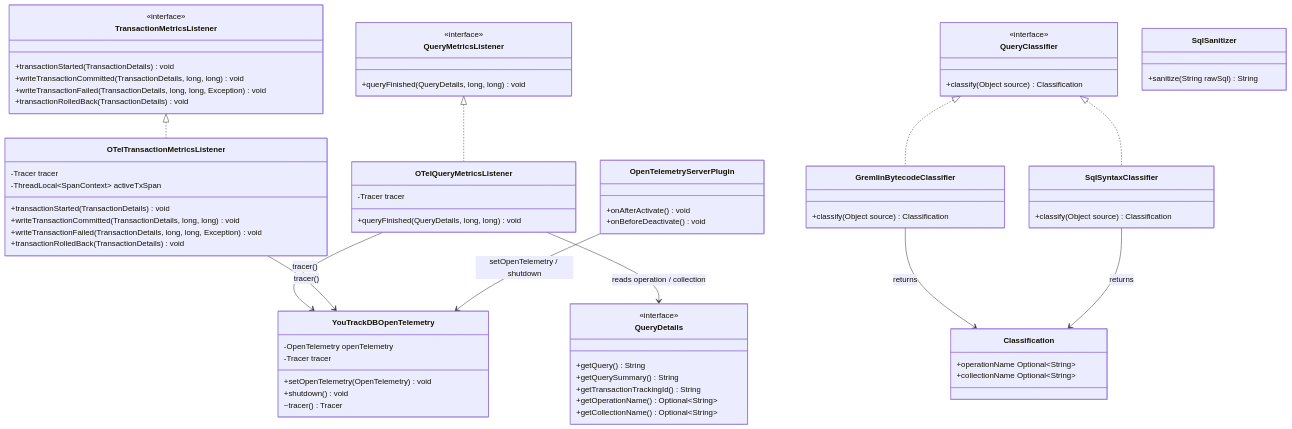
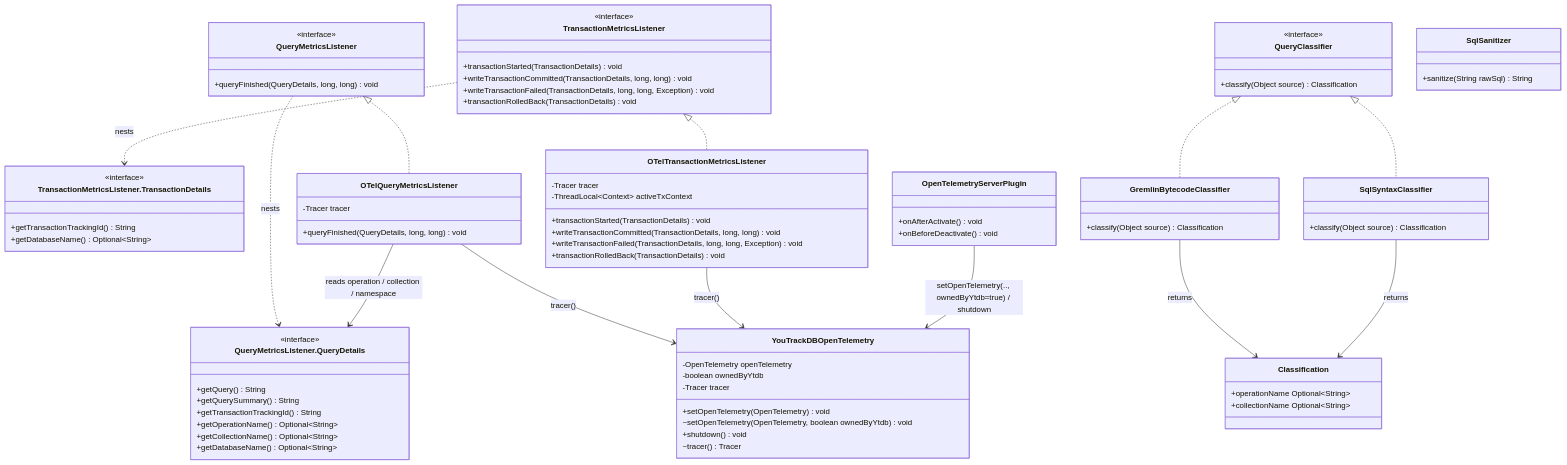
One commit to JetBrains/youtrackdb changed the first of 4 diagrams in docs/adr/ytdb-496-opentelemetry-support/_workflow/design.md. Above: the diagram before and after it, drawn with Mermaid. The commit also changed other lines of this file and 6 other files, not shown here.

````diff
--- a/docs/adr/ytdb-496-opentelemetry-support/_workflow/design.md
+++ b/docs/adr/ytdb-496-opentelemetry-support/_workflow/design.md
@@ -35,72 +35,82 @@
 ```mermaid
 classDiagram
     class QueryMetricsListener {
         <<interface>>
         +queryFinished(QueryDetails, long, long) void
     }
     class TransactionMetricsListener {
         <<interface>>
         +transactionStarted(TransactionDetails) void
         +writeTransactionCommitted(TransactionDetails, long, long) void
         +writeTransactionFailed(TransactionDetails, long, long, Exception) void
         +transactionRolledBack(TransactionDetails) void
     }
-    class QueryDetails {
+    class QueryDetails["QueryMetricsListener.QueryDetails"] {
         <<interface>>
         +getQuery() String
         +getQuerySummary() String
         +getTransactionTrackingId() String
         +getOperationName() Optional~String~
         +getCollectionName() Optional~String~
+        +getDatabaseName() Optional~String~
+    }
+    class TransactionDetails["TransactionMetricsListener.TransactionDetails"] {
+        <<interface>>
+        +getTransactionTrackingId() String
+        +getDatabaseName() Optional~String~
     }
     class OTelQueryMetricsListener {
         -Tracer tracer
         +queryFinished(QueryDetails, long, long) void
     }
     class OTelTransactionMetricsListener {
         -Tracer tracer
-        -ThreadLocal~SpanContext~ activeTxSpan
+        -ThreadLocal~Context~ activeTxContext
         +transactionStarted(TransactionDetails) void
         +writeTransactionCommitted(TransactionDetails, long, long) void
         +writeTransactionFailed(TransactionDetails, long, long, Exception) void
         +transactionRolledBack(TransactionDetails) void
     }
     class YouTrackDBOpenTelemetry {
         -OpenTelemetry openTelemetry
+        -boolean ownedByYtdb
         -Tracer tracer
         +setOpenTelemetry(OpenTelemetry) void
+        ~setOpenTelemetry(OpenTelemetry, boolean ownedByYtdb) void
         +shutdown() void
         ~tracer() Tracer
     }
     class QueryClassifier {
         <<interface>>
         +classify(Object source) Classification
     }
     class GremlinBytecodeClassifier {
         +classify(Object source) Classification
     }
     class SqlSyntaxClassifier {
         +classify(Object source) Classification
     }
     class SqlSanitizer {
         +sanitize(String rawSql) String
     }
     class Classification {
         +operationName Optional~String~
         +collectionName Optional~String~
     }
     class OpenTelemetryServerPlugin {
         +onAfterActivate() void
         +onBeforeDeactivate() void
     }
+    QueryMetricsListener ..> QueryDetails : nests
+    TransactionMetricsListener ..> TransactionDetails : nests
     QueryMetricsListener <|.. OTelQueryMetricsListener
     TransactionMetricsListener <|.. OTelTransactionMetricsListener
     QueryClassifier <|.. GremlinBytecodeClassifier
     QueryClassifier <|.. SqlSyntaxClassifier
     OTelQueryMetricsListener --> YouTrackDBOpenTelemetry : tracer()
     OTelTransactionMetricsListener --> YouTrackDBOpenTelemetry : tracer()
-    OTelQueryMetricsListener --> QueryDetails : reads operation / collection
+    OTelQueryMetricsListener --> QueryDetails : reads operation / collection / namespace
     GremlinBytecodeClassifier --> Classification : returns
     SqlSyntaxClassifier --> Classification : returns
-    OpenTelemetryServerPlugin --> YouTrackDBOpenTelemetry : setOpenTelemetry / shutdown
+    OpenTelemetryServerPlugin --> YouTrackDBOpenTelemetry : setOpenTelemetry(.., ownedByYtdb=true) / shutdown
 ```
````
